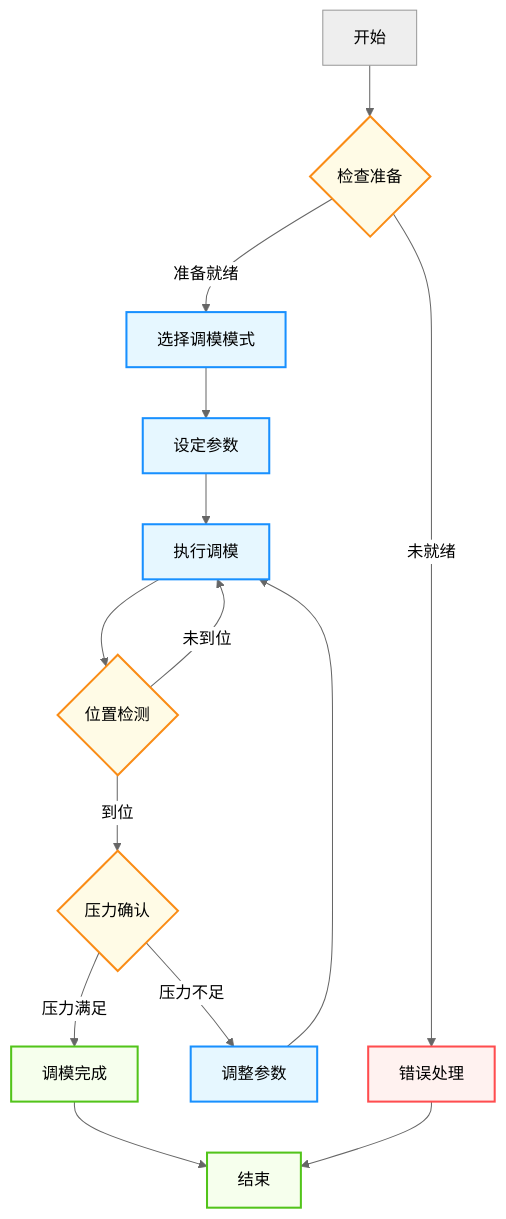
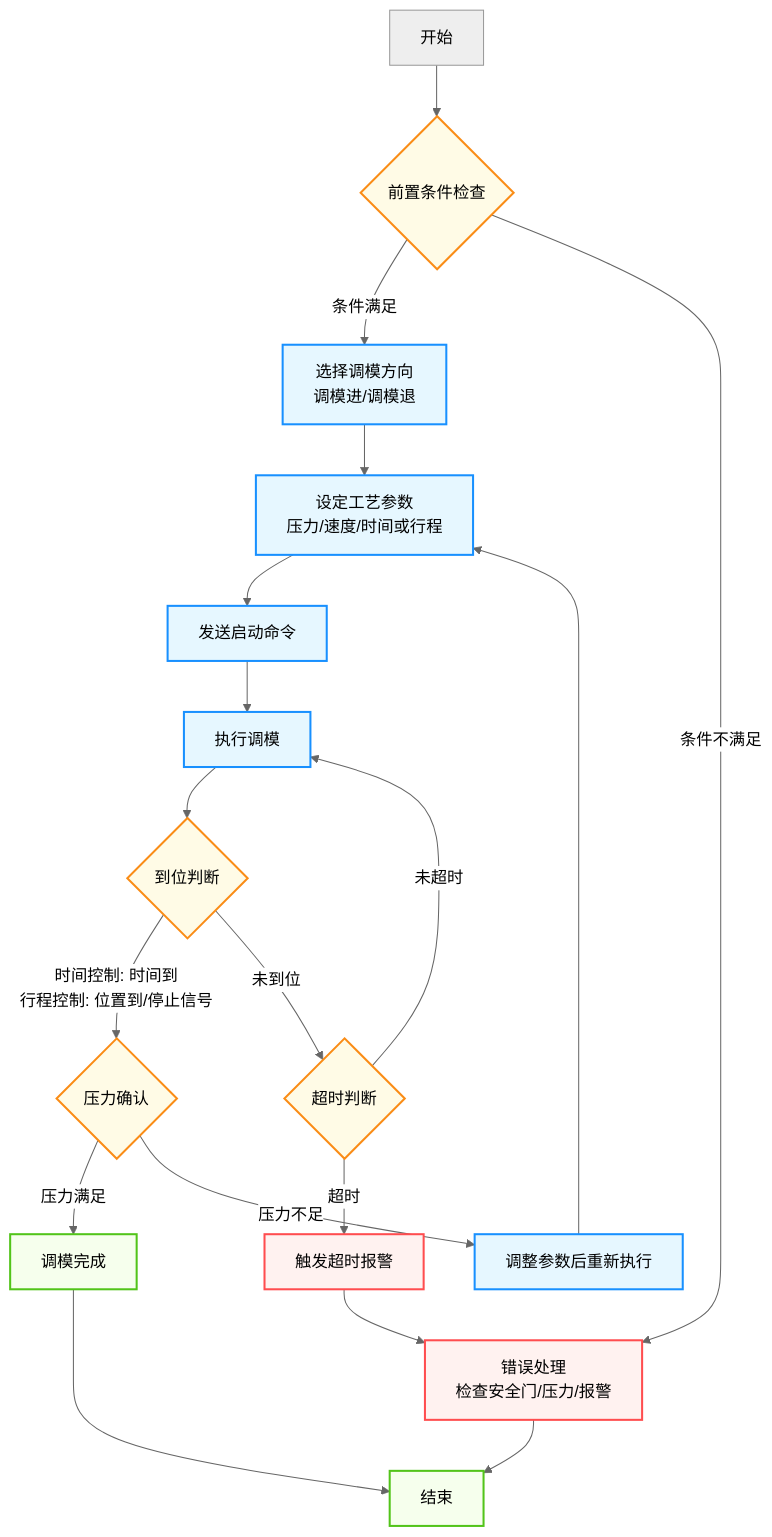
One commit to Porcheson/inj-machine-docs changed the first of 3 diagrams in docs/02_调模功能整理.md. Above: the diagram before and after it, drawn with Mermaid (neutral theme). The commit also changed other lines of this file, not shown here.

Commit message:
更新调模功能整理文档（v2.0）：重新组织章节结构，修正报警代码为位标识，补充状态转换图和操作步骤

````diff
--- a/docs/02_调模功能整理.md
+++ b/docs/02_调模功能整理.md
@@ -77,26 +71,30 @@
 ```mermaid
 flowchart TD
-    Start[开始] --> Check{检查准备}
-    Check -->|准备就绪| ModeSelect[选择调模模式]
-    Check -->|未就绪| Error[错误处理]
-    ModeSelect --> ParamSet[设定参数]
-    ParamSet --> Execute[执行调模]
-    Execute --> PositionCheck{位置检测}
-    PositionCheck -->|未到位| Execute
-    PositionCheck -->|到位| PressureCheck{压力确认}
-    PressureCheck -->|压力不足| Adjust[调整参数]
+    Start[开始] --> PreCheck{前置条件检查}
+    PreCheck -->|条件满足| ModeSelect[选择调模方向<br/>调模进/调模退]
+    PreCheck -->|条件不满足| Error[错误处理<br/>检查安全门/压力/报警]
+    ModeSelect --> ParamSet[设定工艺参数<br/>压力/速度/时间或行程]
+    ParamSet --> StartCmd[发送启动命令]
+    StartCmd --> Execute[执行调模]
+    Execute --> DoneCheck{到位判断}
+    DoneCheck -->|时间控制: 时间到<br/>行程控制: 位置到/停止信号| PressureCheck{压力确认}
+    DoneCheck -->|未到位| TimeCheck{超时判断}
+    TimeCheck -->|未超时| Execute
+    TimeCheck -->|超时| Alarm[触发超时报警]
     PressureCheck -->|压力满足| Complete[调模完成]
-    Adjust --> Execute
+    PressureCheck -->|压力不足| Adjust[调整参数后重新执行]
     Complete --> End[结束]
+    Adjust --> ParamSet
+    Alarm --> Error
     Error --> End
-  
+
     classDef process fill:#e6f7ff,stroke:#1890ff,stroke-width:2px,rounded
     classDef decision fill:#fffbe6,stroke:#fa8c16,stroke-width:2px,rounded
     classDef error fill:#fff2f0,stroke:#ff4d4f,stroke-width:2px,rounded
     classDef complete fill:#f6ffed,stroke:#52c41a,stroke-width:2px,rounded
-  
-    class ModeSelect,ParamSet,Execute,Adjust process
-    class Check,PositionCheck,PressureCheck decision
-    class Error error
+
+    class ModeSelect,ParamSet,StartCmd,Execute,Adjust process
+    class PreCheck,DoneCheck,TimeCheck,PressureCheck decision
+    class Error,Alarm error
     class Complete,End complete
 ```
````
